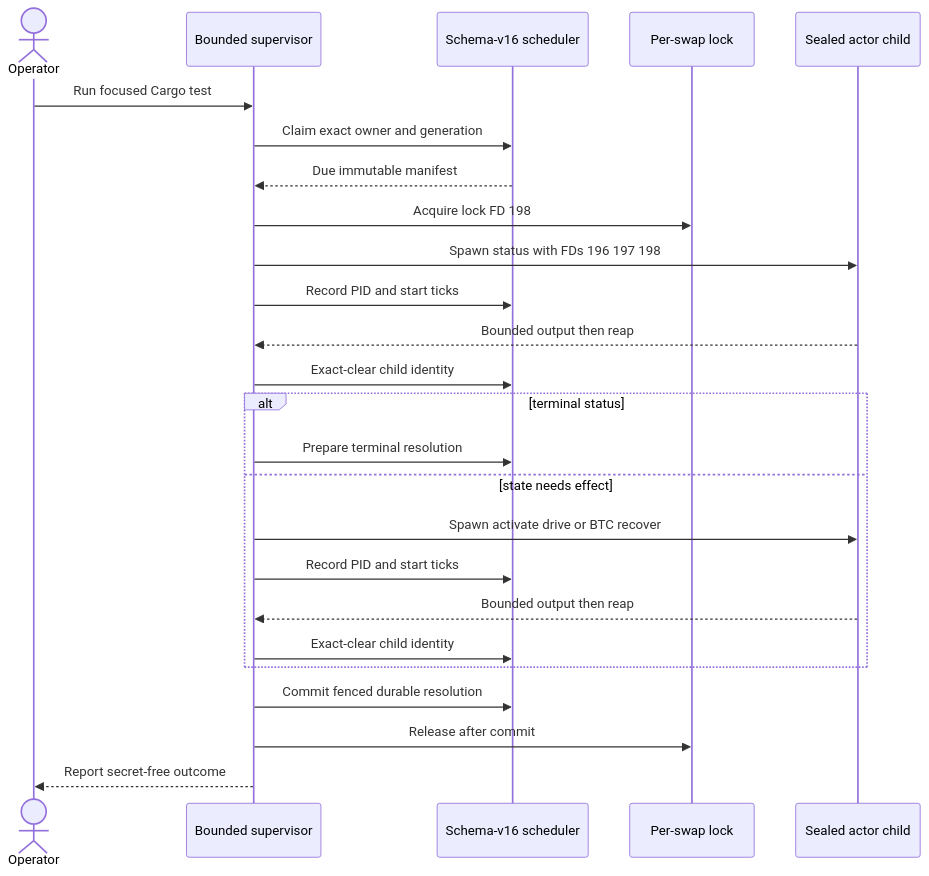
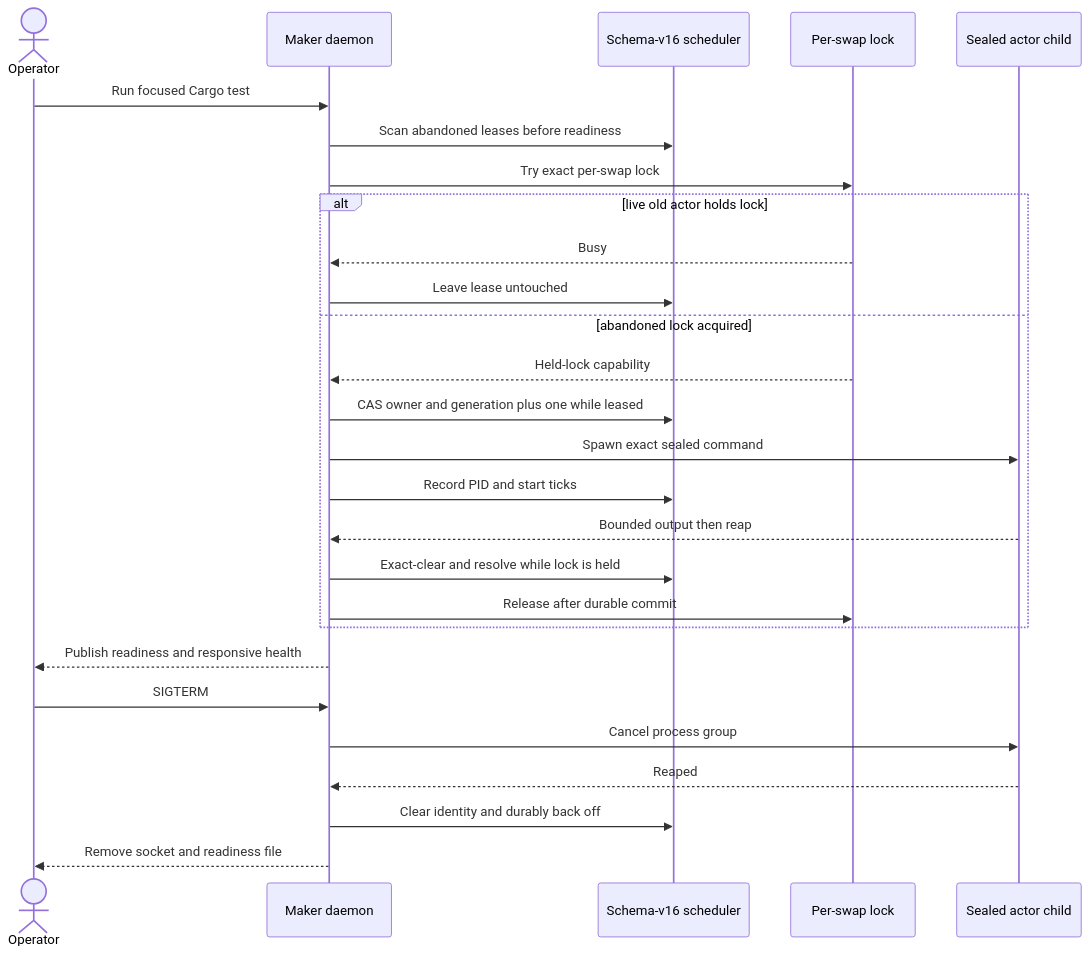
One commit to gateway-fm/lez-atomic-swaps changed the fifth of 5 diagrams in docs/manual-user-flows.md. Above: the diagram before and after it, drawn with Mermaid. The commit also changed other lines of this file and 15 other files, not shown here.

````diff
--- a/docs/manual-user-flows.md
+++ b/docs/manual-user-flows.md
@@ -4685,27 +4694,29 @@
 ```mermaid
 sequenceDiagram
     actor O as Operator
-    participant S as Bounded supervisor
+    participant D as Maker daemon
     participant Q as Schema-v16 scheduler
     participant L as Per-swap lock
     participant A as Sealed actor child
-    O->>S: Run focused Cargo test
-    S->>Q: Claim exact owner and generation
-    Q-->>S: Due immutable manifest
-    S->>L: Acquire lock FD 198
-    S->>A: Spawn status with FDs 196 197 198
-    S->>Q: Record PID and start ticks
-    A-->>S: Bounded output then reap
-    S->>Q: Exact-clear child identity
-    alt terminal status
-        S->>Q: Prepare terminal resolution
-    else state needs effect
-        S->>A: Spawn activate drive or BTC recover
-        S->>Q: Record PID and start ticks
-        A-->>S: Bounded output then reap
-        S->>Q: Exact-clear child identity
+    O->>D: Run focused Cargo test
+    D->>Q: Scan abandoned leases before readiness
+    D->>L: Try exact per-swap lock
+    alt live old actor holds lock
+        L-->>D: Busy
+        D->>Q: Leave lease untouched
+    else abandoned lock acquired
+        L-->>D: Held-lock capability
+        D->>Q: CAS owner and generation plus one while leased
+        D->>A: Spawn exact sealed command
+        D->>Q: Record PID and start ticks
+        A-->>D: Bounded output then reap
+        D->>Q: Exact-clear and resolve while lock is held
+        D->>L: Release after durable commit
     end
-    S->>Q: Commit fenced durable resolution
-    S->>L: Release after commit
-    S-->>O: Report secret-free outcome
+    D-->>O: Publish readiness and responsive health
+    O->>D: SIGTERM
+    D->>A: Cancel process group
+    A-->>D: Reaped
+    D->>Q: Clear identity and durably back off
+    D-->>O: Remove socket and readiness file
 ```
````
